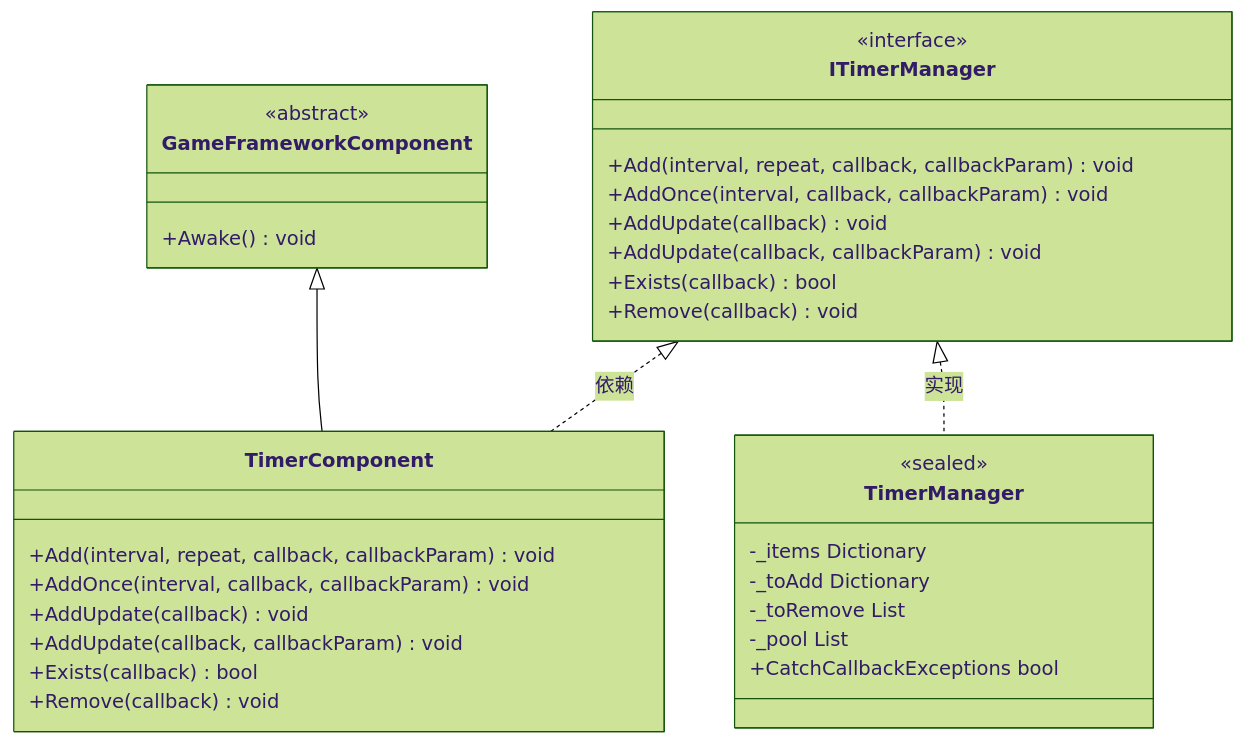
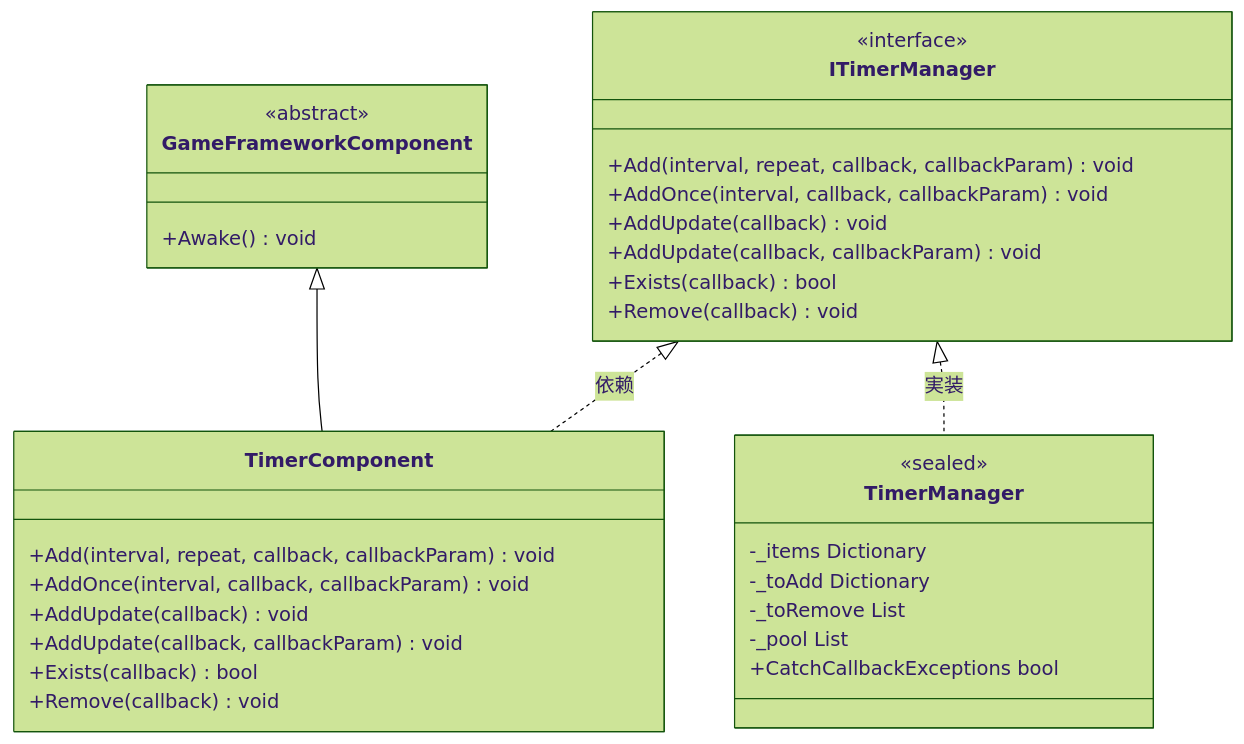
The first of 3 diagrams in docs/ja/client/unity/component/timer/05.timer-component.md (AlianBlank/GameFrameX.Docs), drawn with Mermaid (forest theme) before and after one commit. The commit also changed other lines of this file and 603 other files, not shown here.

````diff
--- a/docs/ja/client/unity/component/timer/05.timer-component.md
+++ b/docs/ja/client/unity/component/timer/05.timer-component.md
@@ -11,39 +11,39 @@
 ```mermaid
 classDiagram
     class GameFrameworkComponent {
         <<abstract>>
         +Awake() void
     }
     
     class TimerComponent {
         +Add(interval, repeat, callback, callbackParam) void
         +AddOnce(interval, callback, callbackParam) void
         +AddUpdate(callback) void
         +AddUpdate(callback, callbackParam) void
         +Exists(callback) bool
         +Remove(callback) void
     }
     
     class ITimerManager {
         <<interface>>
         +Add(interval, repeat, callback, callbackParam) void
         +AddOnce(interval, callback, callbackParam) void
         +AddUpdate(callback) void
         +AddUpdate(callback, callbackParam) void
         +Exists(callback) bool
         +Remove(callback) void
     }
     
     class TimerManager {
         <<sealed>>
         -_items Dictionary
         -_toAdd Dictionary
         -_toRemove List
         -_pool List
         +CatchCallbackExceptions bool
     }
     
     GameFrameworkComponent <|-- TimerComponent
     ITimerManager <|.. TimerComponent : 依赖
-    ITimerManager <|.. TimerManager : 实现
+    ITimerManager <|.. TimerManager : 実装
 ```
````
